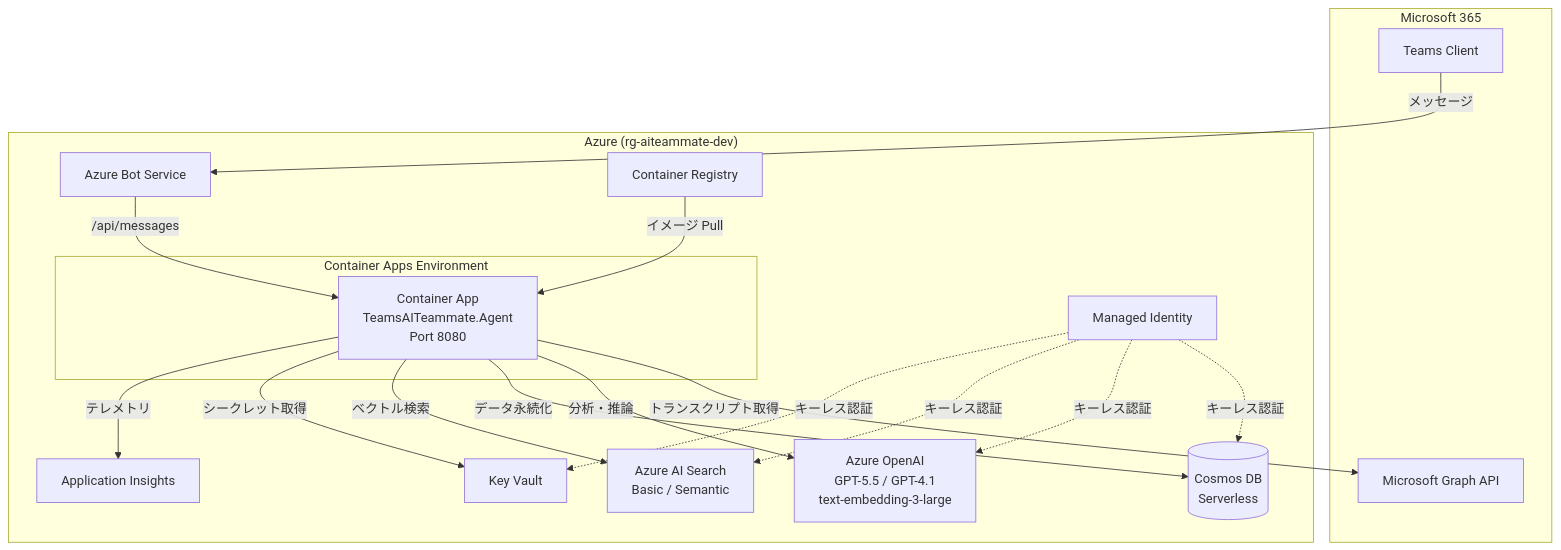
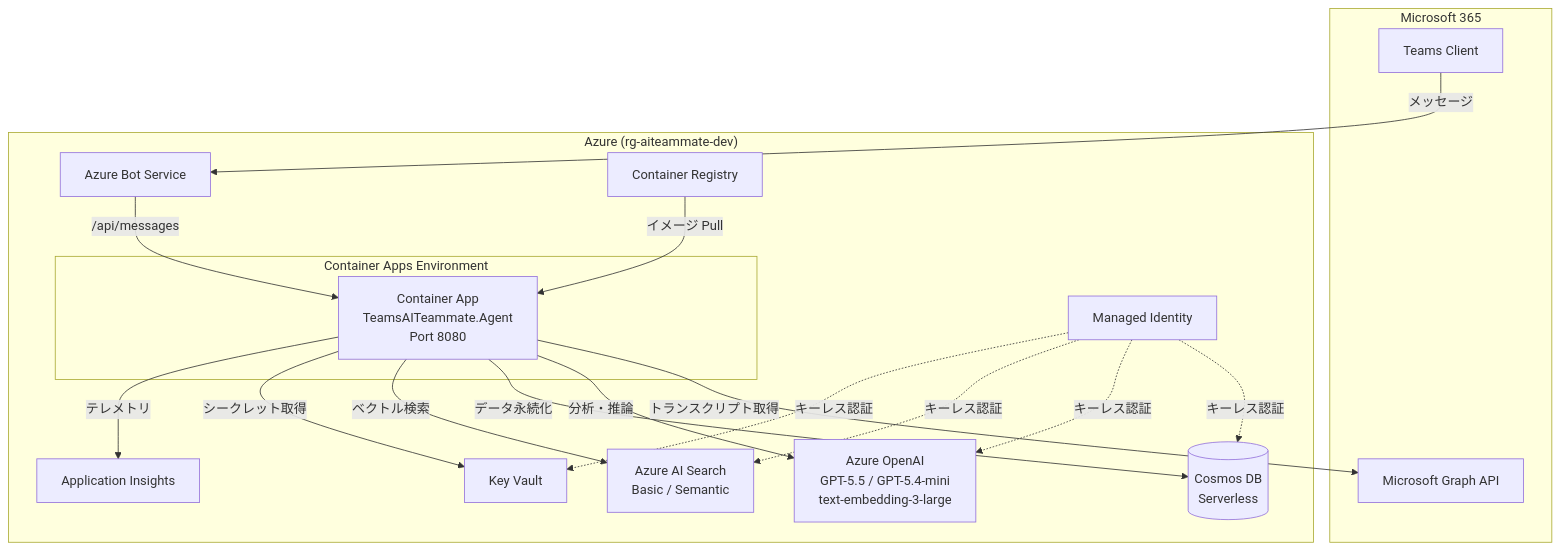
One commit to TK3214-MS/POC-Teams-AITeammate changed the diagram in docs/production-setup-guide.md. Above: the diagram before and after it, drawn with Mermaid. The commit also changed other lines of this file and 17 other files, not shown here.

````diff
--- a/docs/production-setup-guide.md
+++ b/docs/production-setup-guide.md
@@ -518,35 +497,35 @@
 ```mermaid
 graph TB
     subgraph "Microsoft 365"
         Teams[Teams Client]
         Graph[Microsoft Graph API]
     end
 
     subgraph "Azure (rg-aiteammate-dev)"
         BotSvc[Azure Bot Service]
         subgraph "Container Apps Environment"
             CA[Container App<br/>TeamsAITeammate.Agent<br/>Port 8080]
         end
         ACR[Container Registry]
         CosmosDB[(Cosmos DB<br/>Serverless)]
-        OpenAI[Azure OpenAI<br/>GPT-5.5 / GPT-4.1<br/>text-embedding-3-large]
+        OpenAI[Azure OpenAI<br/>GPT-5.5 / GPT-5.4-mini<br/>text-embedding-3-large]
         AISearch[Azure AI Search<br/>Basic / Semantic]
         KV[Key Vault]
         AppIns[Application Insights]
         MI[Managed Identity]
     end
 
     Teams -->|メッセージ| BotSvc
     BotSvc -->|/api/messages| CA
     CA -->|トランスクリプト取得| Graph
     CA -->|分析・推論| OpenAI
     CA -->|データ永続化| CosmosDB
     CA -->|ベクトル検索| AISearch
     CA -->|シークレット取得| KV
     CA -->|テレメトリ| AppIns
     MI -.->|キーレス認証| CosmosDB
     MI -.->|キーレス認証| OpenAI
     MI -.->|キーレス認証| AISearch
     MI -.->|キーレス認証| KV
     ACR -->|イメージ Pull| CA
 ```
````
